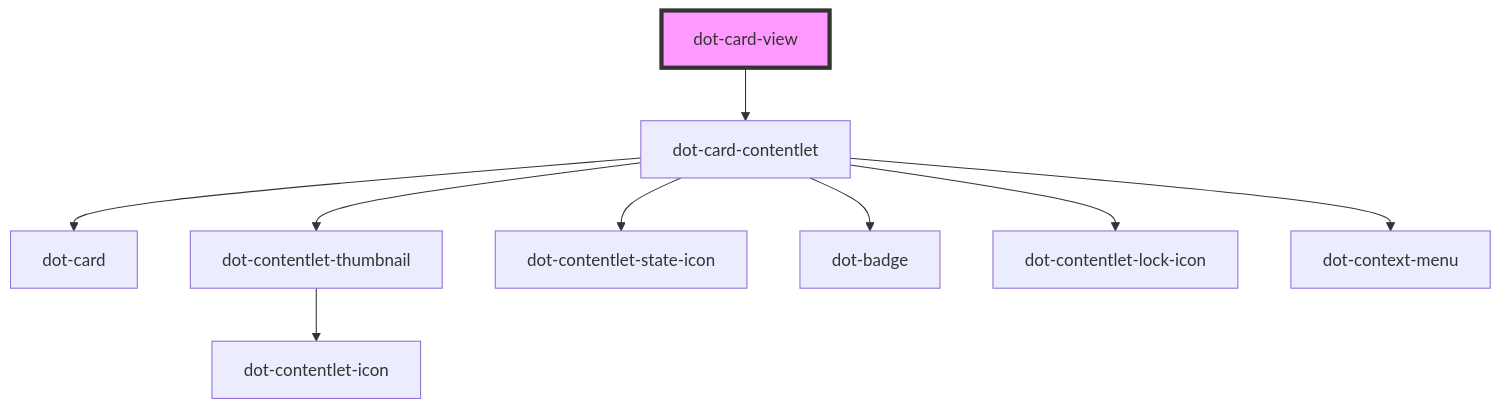
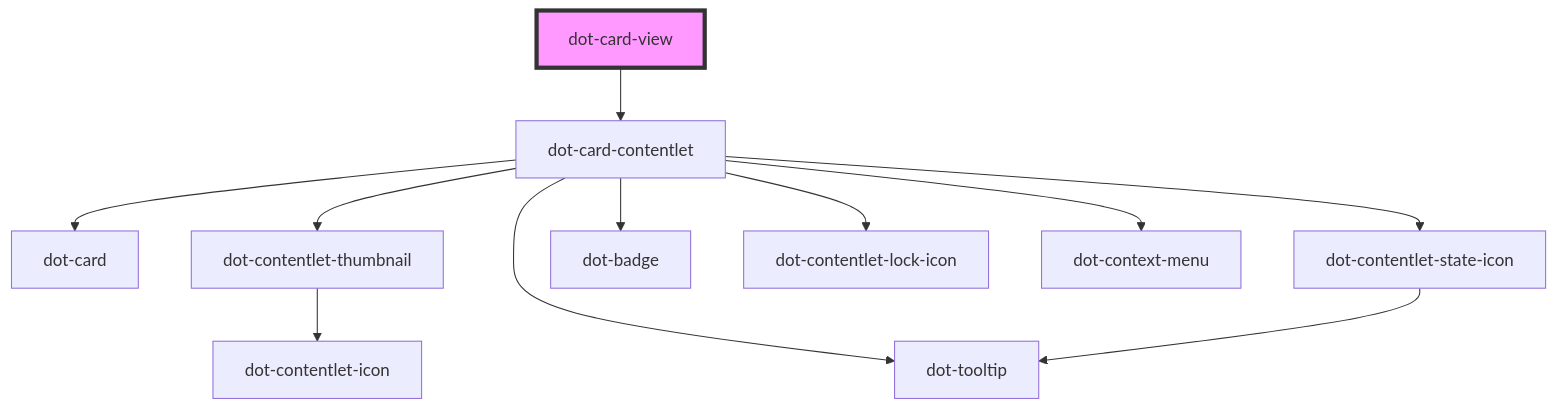
One commit to dotCMS/dotcms-webcomponents changed the diagram in src/collections/dot-card-view/readme.md. Above: the diagram before and after it, drawn with Mermaid. The commit also changed 3 other files, not shown here.

````diff
--- a/src/collections/dot-card-view/readme.md
+++ b/src/collections/dot-card-view/readme.md
@@ -44,12 +44,14 @@
 ```mermaid
 graph TD;
   dot-card-view --> dot-card-contentlet
   dot-card-contentlet --> dot-card
   dot-card-contentlet --> dot-contentlet-thumbnail
+  dot-card-contentlet --> dot-tooltip
   dot-card-contentlet --> dot-contentlet-state-icon
   dot-card-contentlet --> dot-badge
   dot-card-contentlet --> dot-contentlet-lock-icon
   dot-card-contentlet --> dot-context-menu
   dot-contentlet-thumbnail --> dot-contentlet-icon
+  dot-contentlet-state-icon --> dot-tooltip
   style dot-card-view fill:#f9f,stroke:#333,stroke-width:4px
 ```
````
